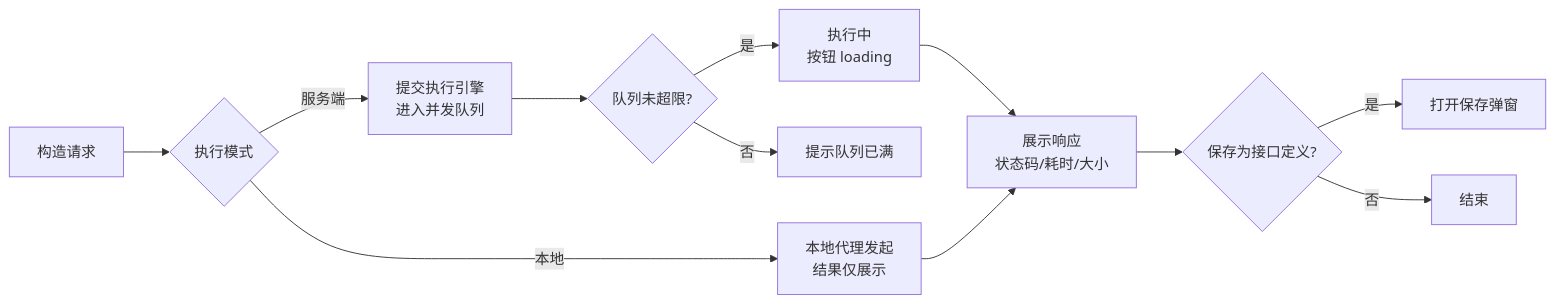
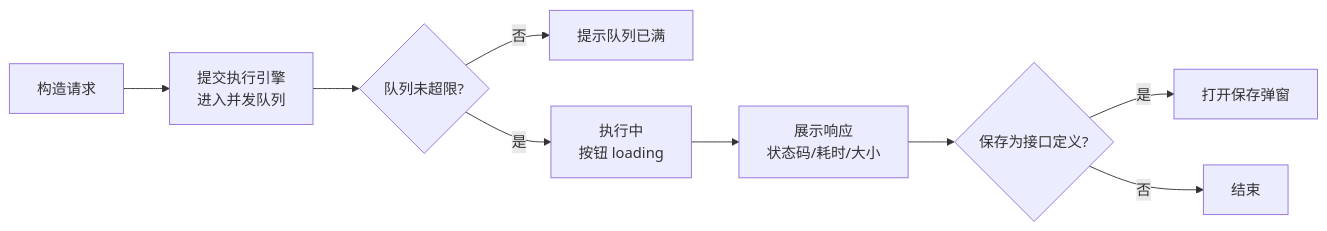
One commit to XiaoMiSum/robotest changed the first of 2 diagrams in docs/交互设计/快速调试交互设计.md. Above: the diagram before and after it, drawn with Mermaid. The commit also changed other lines of this file and 2 other files, not shown here.

````diff
--- a/docs/交互设计/快速调试交互设计.md
+++ b/docs/交互设计/快速调试交互设计.md
@@ -135,14 +142,11 @@
 ```mermaid
 flowchart LR
-    A[构造请求] --> B{执行模式}
-    B -->|服务端| C[提交执行引擎<br/>进入并发队列]
-    B -->|本地| D[本地代理发起<br/>结果仅展示]
+    A[构造请求] --> C[提交执行引擎<br/>进入并发队列]
     C --> E{队列未超限?}
     E -->|否| F[提示队列已满]
     E -->|是| G[执行中<br/>按钮 loading]
     G --> H[展示响应<br/>状态码/耗时/大小]
     H --> I{保存为接口定义?}
     I -->|是| J[打开保存弹窗]
     I -->|否| K[结束]
-    D --> H
 ```
````
